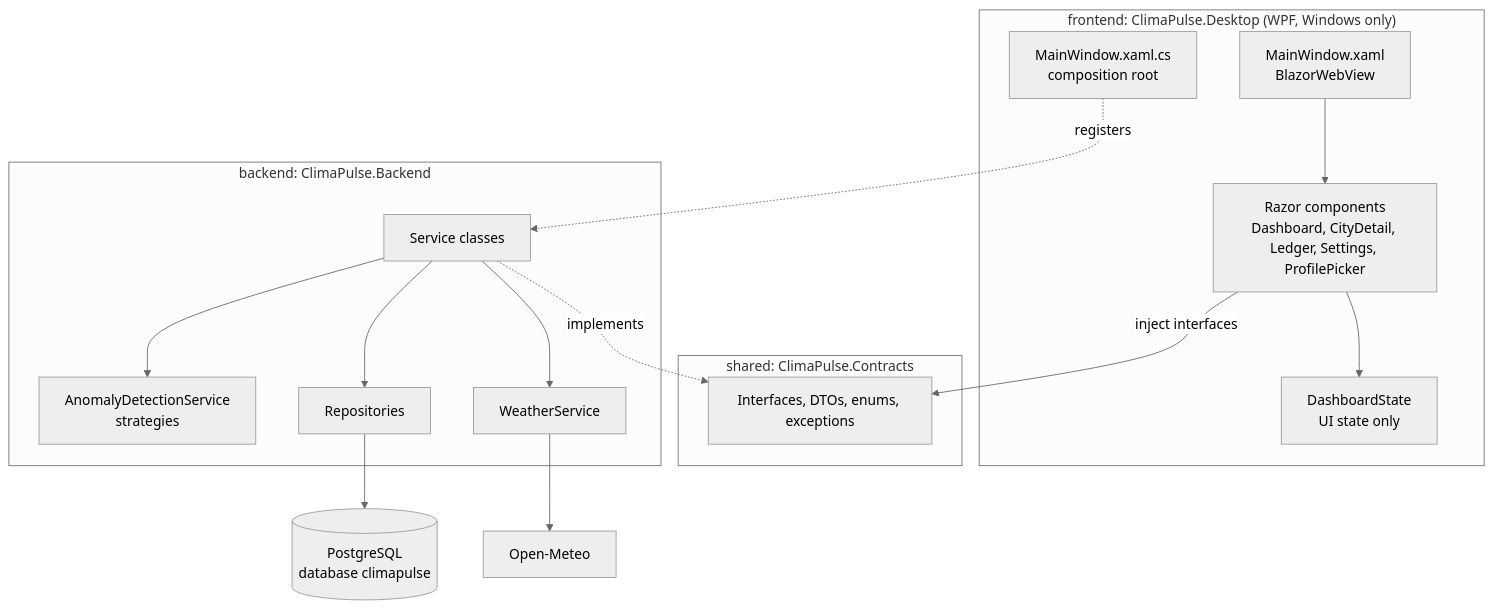
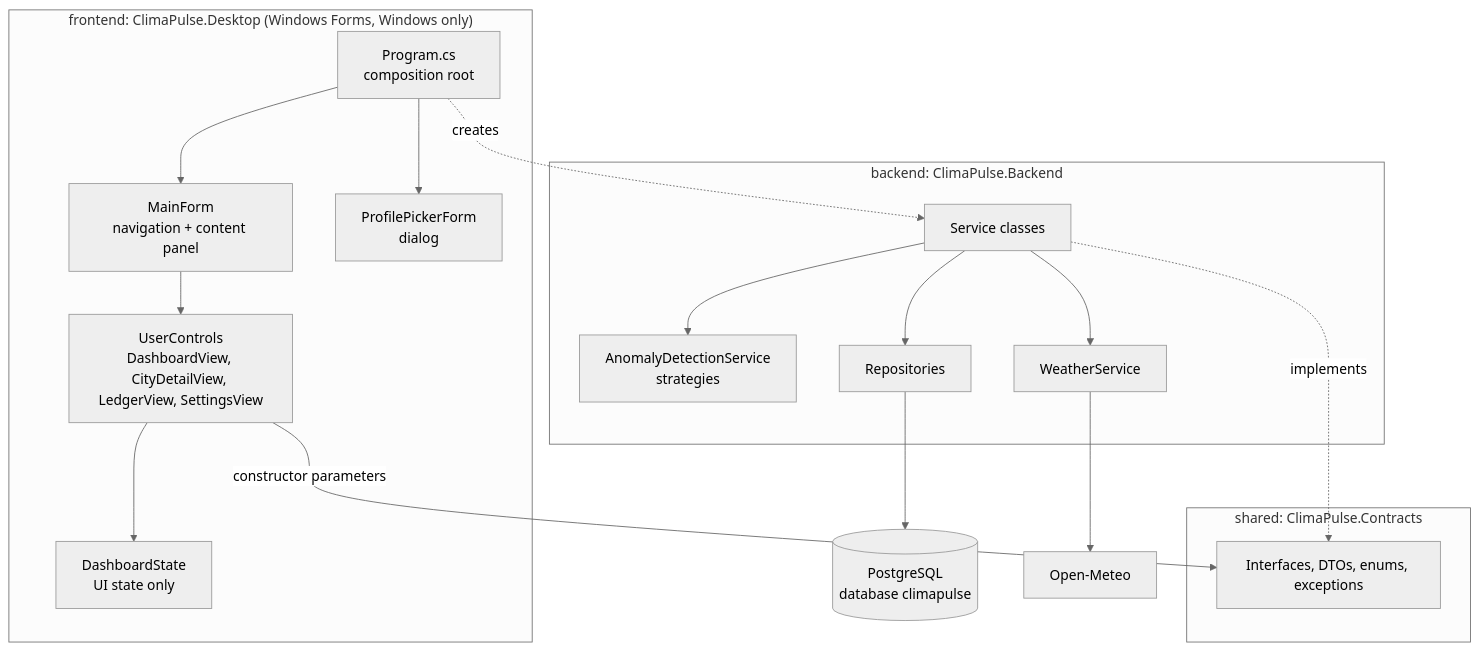
Before and after one commit to Nalen518/Junior-Project: the diagram in docs/references-desktop-architecture.md, drawn with Mermaid (neutral theme). The commit also changed other lines of this file and 7 other files, not shown here.

First line of the commit message:
docs: switch UI from WPF/Blazor Hybrid to Windows Forms

````diff
--- a/docs/references-desktop-architecture.md
+++ b/docs/references-desktop-architecture.md
@@ -52,21 +54,22 @@
 ```mermaid
 flowchart TB
-    subgraph Desktop["frontend: ClimaPulse.Desktop (WPF, Windows only)"]
-        W[MainWindow.xaml<br/>BlazorWebView] --> R[Razor components<br/>Dashboard, CityDetail, Ledger, Settings, ProfilePicker]
-        R --> S[DashboardState<br/>UI state only]
-        CR[MainWindow.xaml.cs<br/>composition root]
+    subgraph Desktop["frontend: ClimaPulse.Desktop (Windows Forms, Windows only)"]
+        CR[Program.cs<br/>composition root] --> MF[MainForm<br/>navigation + content panel]
+        MF --> V[UserControls<br/>DashboardView, CityDetailView, LedgerView, SettingsView]
+        CR --> PP[ProfilePickerForm<br/>dialog]
+        V --> S[DashboardState<br/>UI state only]
     end
     subgraph Shared["shared: ClimaPulse.Contracts"]
         I[Interfaces, DTOs, enums, exceptions]
     end
     subgraph Backend["backend: ClimaPulse.Backend"]
         SV[Service classes] --> E[AnomalyDetectionService<br/>strategies]
         SV --> RP[Repositories]
         SV --> WS[WeatherService]
     end
-    R -->|inject interfaces| I
+    V -->|constructor parameters| I
     SV -.implements.-> I
-    CR -.registers.-> SV
+    CR -.creates.-> SV
     RP --> DB[(PostgreSQL<br/>database climapulse)]
     WS --> OM[Open-Meteo]
 ```
````
